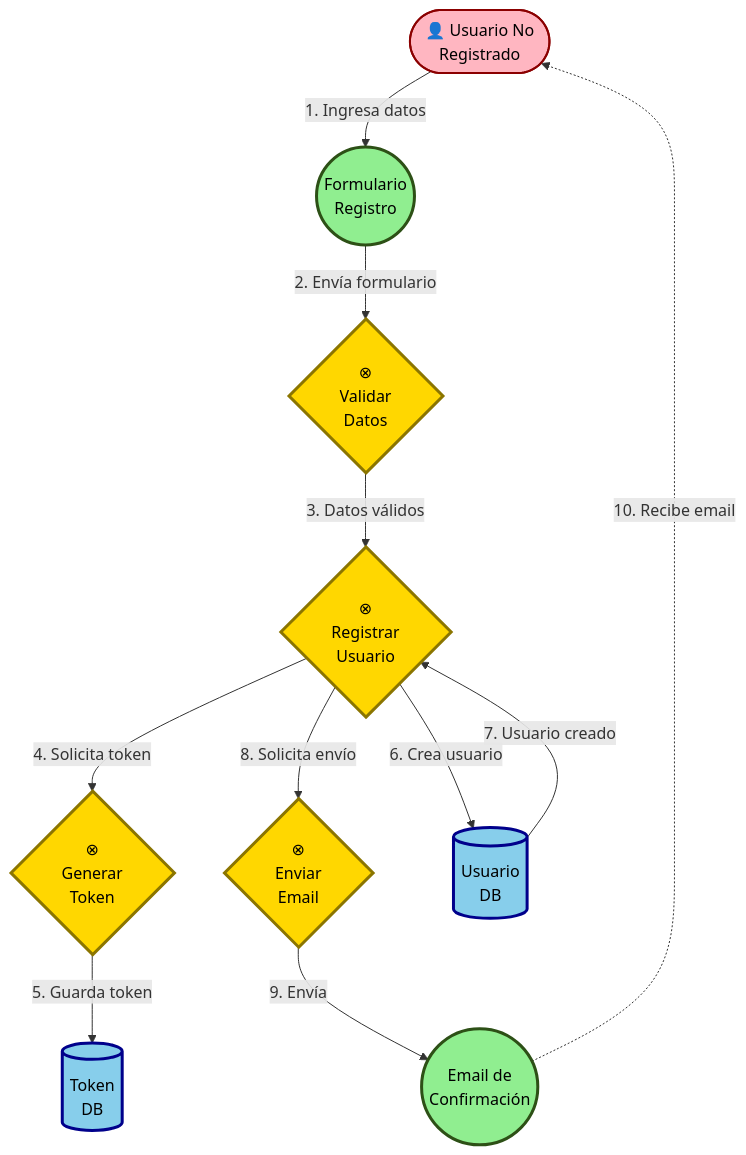
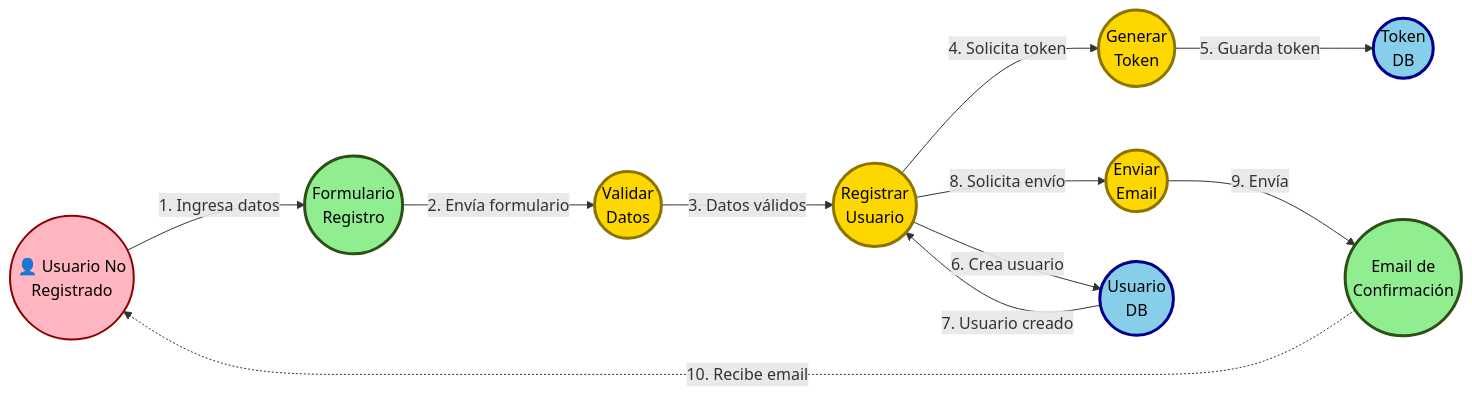
The first of 8 diagrams in diagrama-robustez-uml.md (cgala/TFI_HybridParking), drawn with Mermaid before and after one commit. The commit also changed other lines of this file and 1 other file, not shown here.

First line of the commit message:
Refactor: Diagramas de robustez con elementos redondos y diseño horizontal

````diff
--- a/diagrama-robustez-uml.md
+++ b/diagrama-robustez-uml.md
@@ -40,39 +40,39 @@
 ```mermaid
-graph TB
-    Actor([👤 Usuario No<br/>Registrado])
+graph LR
+    Actor((👤 Usuario No<br/>Registrado))
 
     %% BOUNDARIES - Círculos verdes
     B1((Formulario<br/>Registro))
     B2((Email de<br/>Confirmación))
 
-    %% CONTROLS - Círculos amarillos con símbolo ⊗
-    C1{⊗<br/>Validar<br/>Datos}
-    C2{⊗<br/>Registrar<br/>Usuario}
-    C3{⊗<br/>Generar<br/>Token}
-    C4{⊗<br/>Enviar<br/>Email}
+    %% CONTROLS - Círculos amarillos
+    C1((Validar<br/>Datos))
+    C2((Registrar<br/>Usuario))
+    C3((Generar<br/>Token))
+    C4((Enviar<br/>Email))
 
-    %% ENTITIES - Rectángulos azules
-    E1[(Usuario<br/>DB)]
-    E2[(Token<br/>DB)]
+    %% ENTITIES - Círculos azules
+    E1((Usuario<br/>DB))
+    E2((Token<br/>DB))
 
     Actor -->|1. Ingresa datos| B1
     B1 -->|2. Envía formulario| C1
     C1 -->|3. Datos válidos| C2
     C2 -->|4. Solicita token| C3
     C3 -->|5. Guarda token| E2
     C2 -->|6. Crea usuario| E1
     E1 -->|7. Usuario creado| C2
     C2 -->|8. Solicita envío| C4
     C4 -->|9. Envía| B2
     B2 -.->|10. Recibe email| Actor
 
     classDef boundary fill:#90EE90,stroke:#2d5016,stroke-width:3px,color:#000
     classDef control fill:#FFD700,stroke:#8B7500,stroke-width:3px,color:#000
     classDef entity fill:#87CEEB,stroke:#00008B,stroke-width:3px,color:#000
     classDef actor fill:#FFB6C1,stroke:#8B0000,stroke-width:2px,color:#000
 
     class B1,B2 boundary
     class C1,C2,C3,C4 control
     class E1,E2 entity
     class Actor actor
 ```
````
